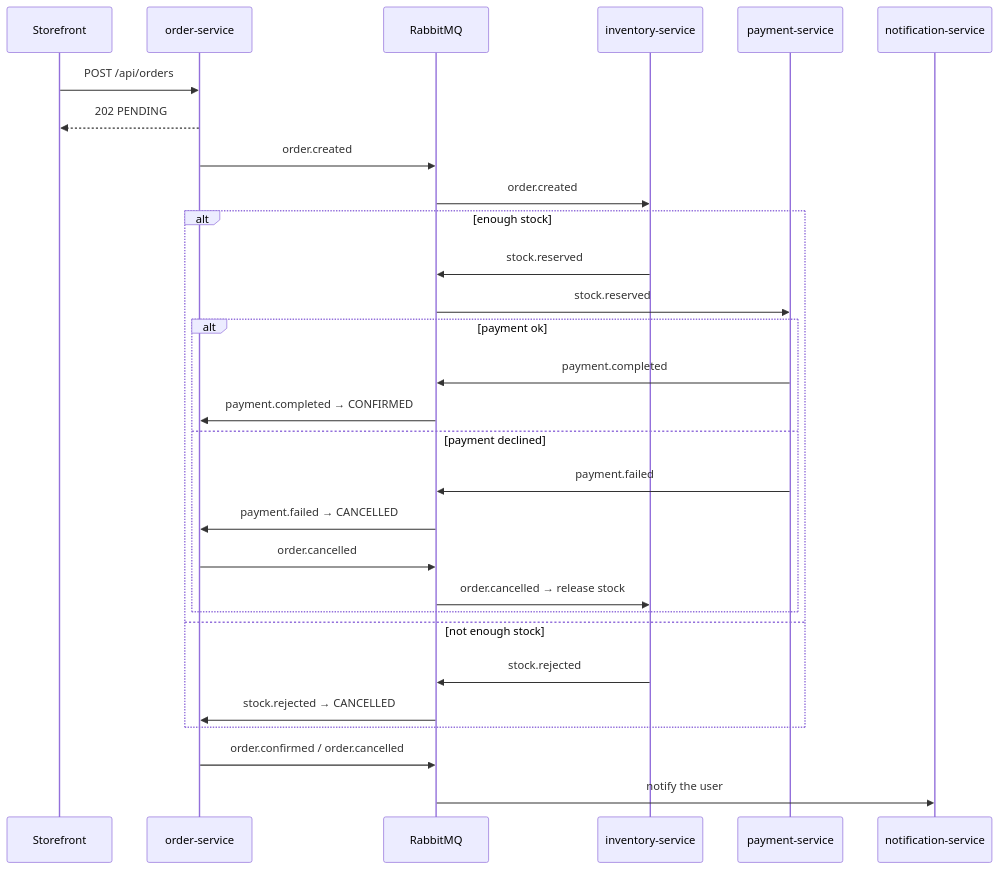
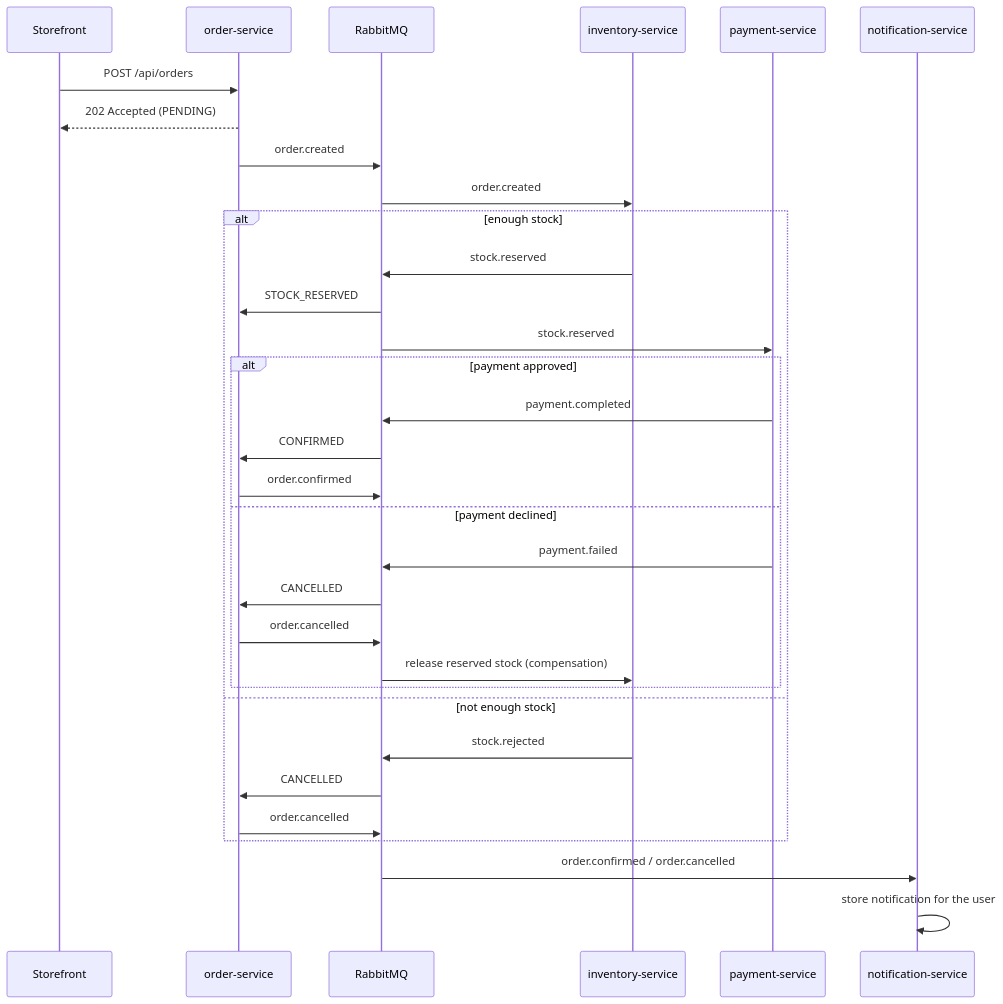
One commit to DSheth2004/shopsphere-cloud-native changed the second of 4 diagrams in README.md. Above: the diagram before and after it, drawn with Mermaid. The commit also changed other lines of this file, not shown here.

````diff
--- a/README.md
+++ b/README.md
@@ -128,31 +251,34 @@
 ```mermaid
 sequenceDiagram
   participant U as Storefront
   participant O as order-service
   participant MQ as RabbitMQ
   participant I as inventory-service
   participant P as payment-service
   participant N as notification-service
   U->>O: POST /api/orders
-  O-->>U: 202 PENDING
+  O-->>U: 202 Accepted (PENDING)
   O->>MQ: order.created
   MQ->>I: order.created
   alt enough stock
     I->>MQ: stock.reserved
+    MQ->>O: STOCK_RESERVED
     MQ->>P: stock.reserved
-    alt payment ok
+    alt payment approved
       P->>MQ: payment.completed
-      MQ->>O: payment.completed → CONFIRMED
+      MQ->>O: CONFIRMED
+      O->>MQ: order.confirmed
     else payment declined
       P->>MQ: payment.failed
-      MQ->>O: payment.failed → CANCELLED
+      MQ->>O: CANCELLED
       O->>MQ: order.cancelled
-      MQ->>I: order.cancelled → release stock
+      MQ->>I: release reserved stock (compensation)
     end
   else not enough stock
     I->>MQ: stock.rejected
-    MQ->>O: stock.rejected → CANCELLED
+    MQ->>O: CANCELLED
+    O->>MQ: order.cancelled
   end
-  O->>MQ: order.confirmed / order.cancelled
-  MQ->>N: notify the user
+  MQ->>N: order.confirmed / order.cancelled
+  N->>N: store notification for the user
 ```
````
